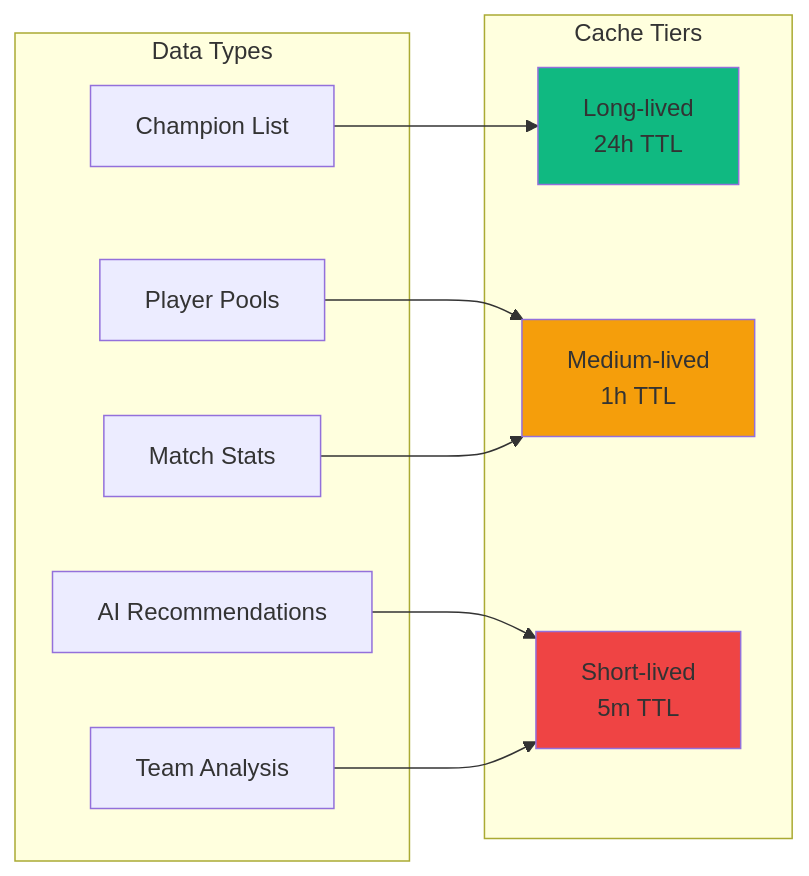
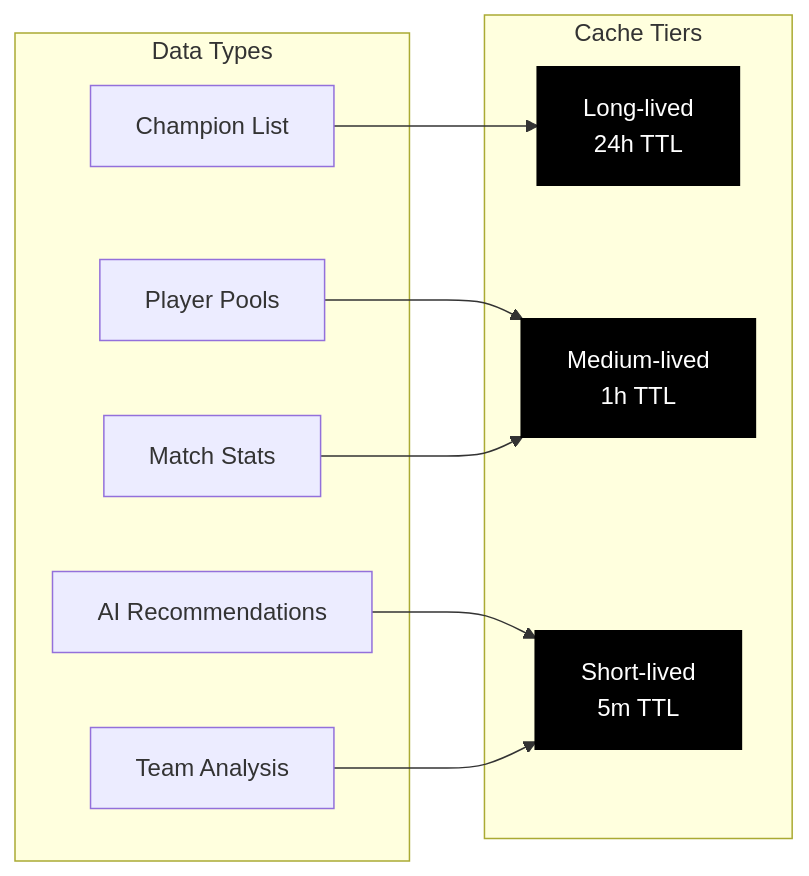
One commit to MoriatzLabs/TeamBuilder changed the fourth of 4 diagrams in README.md. Above: the diagram before and after it, drawn with Mermaid. The commit also changed other lines of this file, not shown here.

````diff
--- a/README.md
+++ b/README.md
@@ -287,26 +287,26 @@
 ```mermaid
 graph LR
     subgraph "Cache Tiers"
         T1[Long-lived<br/>24h TTL]
         T2[Medium-lived<br/>1h TTL]
         T3[Short-lived<br/>5m TTL]
     end
     
     subgraph "Data Types"
         Champions[Champion List]
         Players[Player Pools]
         Matches[Match Stats]
         Recs[AI Recommendations]
         Analysis[Team Analysis]
     end
     
     Champions --> T1
     Players --> T2
     Matches --> T2
     Recs --> T3
     Analysis --> T3
     
-    style T1 fill:#10b981
-    style T2 fill:#f59e0b
-    style T3 fill:#ef4444
+    style T1 fill:#000,stroke:#000,stroke-width:2px,color:#fff
+    style T2 fill:#000,stroke:#000,stroke-width:2px,color:#fff
+    style T3 fill:#000,stroke:#000,stroke-width:2px,color:#fff
 ```
````
